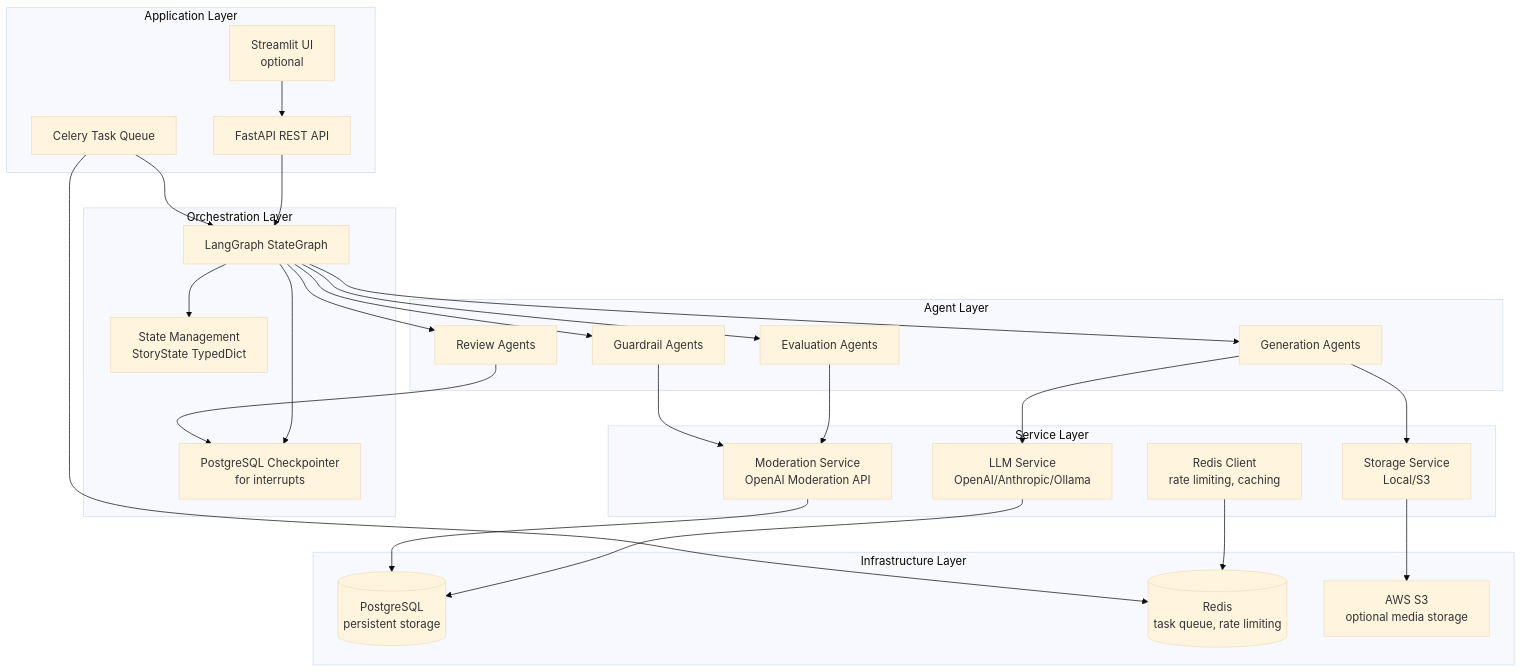
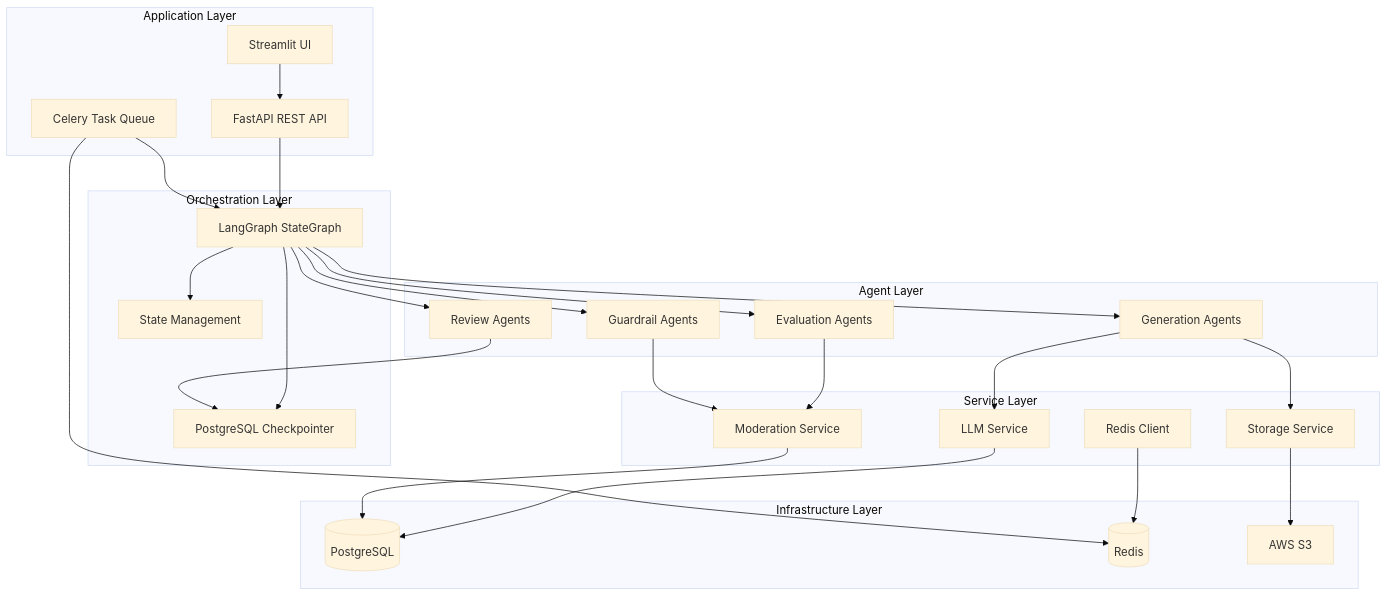
One commit to kanavkalra-in/kids_story_agent changed the third of 3 diagrams in BLOG.md. Above: the diagram before and after it, drawn with Mermaid (base theme). The commit also changed other lines of this file, not shown here.

````diff
--- a/BLOG.md
+++ b/BLOG.md
@@ -394,54 +400,54 @@
 ```mermaid
 graph TB
     subgraph App["Application Layer"]
-        API["FastAPI REST API"]
-        CELERY["Celery Task Queue"]
-        UI["Streamlit UI<br/>optional"]
+        API[FastAPI REST API]
+        CELERY[Celery Task Queue]
+        UI[Streamlit UI]
     end
     
     subgraph Orchestration["Orchestration Layer"]
-        GRAPH["LangGraph StateGraph"]
-        CHECKPOINT["PostgreSQL Checkpointer<br/>for interrupts"]
-        STATE["State Management<br/>StoryState TypedDict"]
+        GRAPH[LangGraph StateGraph]
+        CHECKPOINT[PostgreSQL Checkpointer]
+        STATE[State Management]
     end
     
     subgraph Agents["Agent Layer"]
-        GEN["Generation Agents"]
-        EVAL_AGENTS["Evaluation Agents"]
-        GUARD_AGENTS["Guardrail Agents"]
-        REVIEW_AGENTS["Review Agents"]
+        GEN[Generation Agents]
+        EVAL_AGENTS[Evaluation Agents]
+        GUARD_AGENTS[Guardrail Agents]
+        REVIEW_AGENTS[Review Agents]
     end
     
     subgraph Services["Service Layer"]
-        LLM["LLM Service<br/>OpenAI/Anthropic/Ollama"]
-        MOD["Moderation Service<br/>OpenAI Moderation API"]
-        STORAGE["Storage Service<br/>Local/S3"]
-        REDIS_SVC["Redis Client<br/>rate limiting, caching"]
+        LLM[LLM Service]
+        MOD[Moderation Service]
+        STORAGE[Storage Service]
+        REDIS_SVC[Redis Client]
     end
     
     subgraph Infrastructure["Infrastructure Layer"]
-        PG[("PostgreSQL<br/>persistent storage")]
-        REDIS_INF[("Redis<br/>task queue, rate limiting")]
-        S3["AWS S3<br/>optional media storage"]
+        PG[(PostgreSQL)]
+        REDIS_INF[(Redis)]
+        S3[AWS S3]
     end
     
     API --> GRAPH
     CELERY --> GRAPH
     UI --> API
     GRAPH --> CHECKPOINT
     GRAPH --> STATE
     GRAPH --> GEN
     GRAPH --> EVAL_AGENTS
     GRAPH --> GUARD_AGENTS
     GRAPH --> REVIEW_AGENTS
     GEN --> LLM
     EVAL_AGENTS --> MOD
     GUARD_AGENTS --> MOD
     GEN --> STORAGE
     REVIEW_AGENTS --> CHECKPOINT
     LLM --> PG
     MOD --> PG
     STORAGE --> S3
     REDIS_SVC --> REDIS_INF
     CELERY --> REDIS_INF
 ```
````
